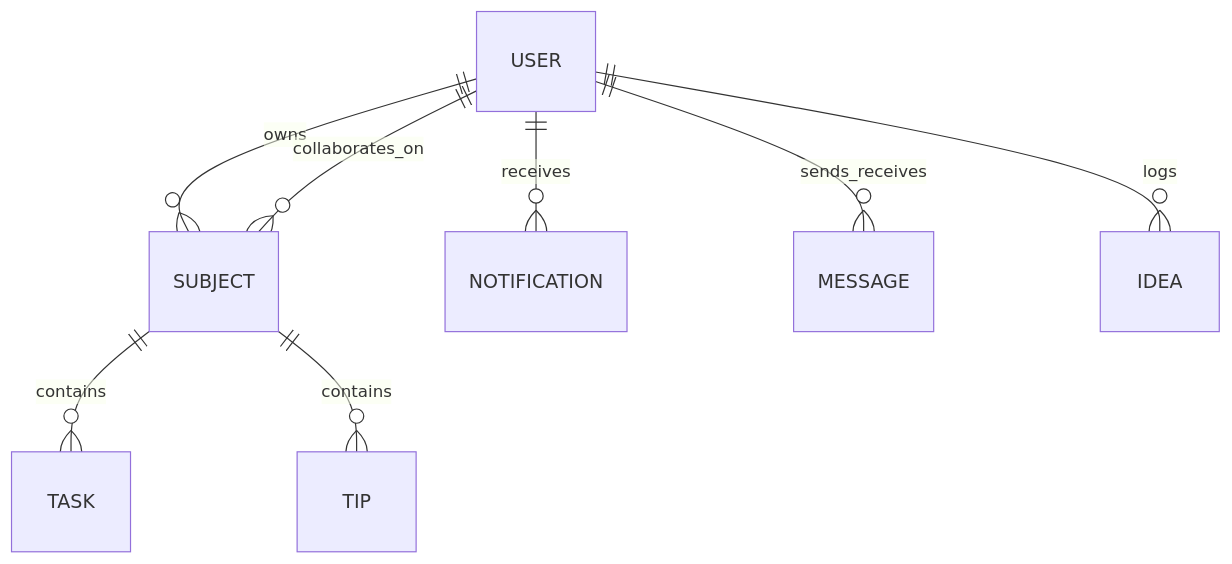
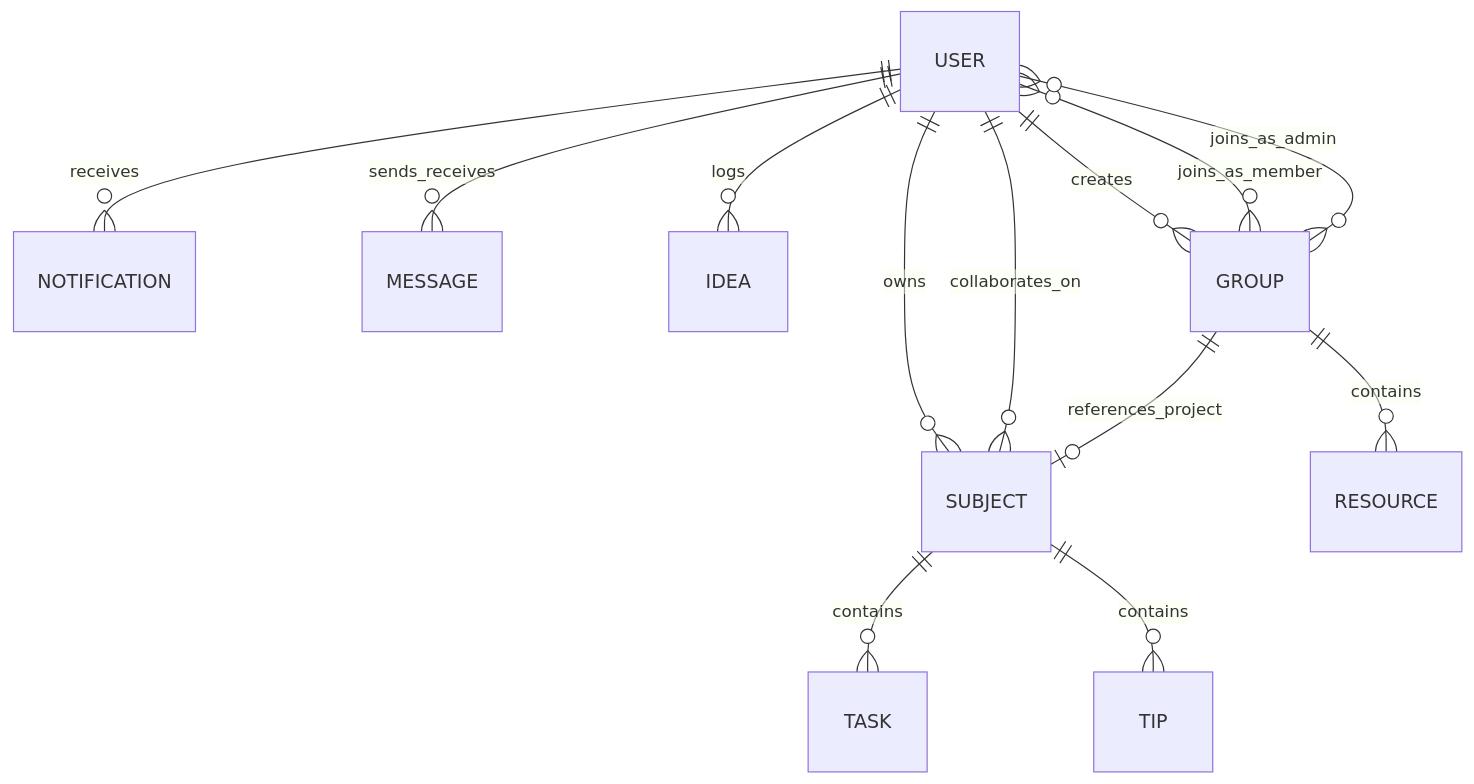
The diagram in README.md (chitresh178779/peercolab), drawn with Mermaid before and after one commit. The commit also changed other lines of this file, not shown here.

````diff
--- a/README.md
+++ b/README.md
@@ -83,11 +180,15 @@
 ```mermaid
 erDiagram
     USER ||--o{ SUBJECT : owns
     USER ||--o{ SUBJECT : collaborates_on
     USER ||--o{ NOTIFICATION : receives
     USER ||--o{ MESSAGE : sends_receives
     USER ||--o{ IDEA : logs
-    
+    USER ||--o{ GROUP : creates
+    USER }o--o{ GROUP : joins_as_member
+    USER }o--o{ GROUP : joins_as_admin
+    GROUP ||--o{ RESOURCE : contains
     SUBJECT ||--o{ TASK : contains
     SUBJECT ||--o{ TIP : contains
+    GROUP ||--o| SUBJECT : references_project
 ```
````
